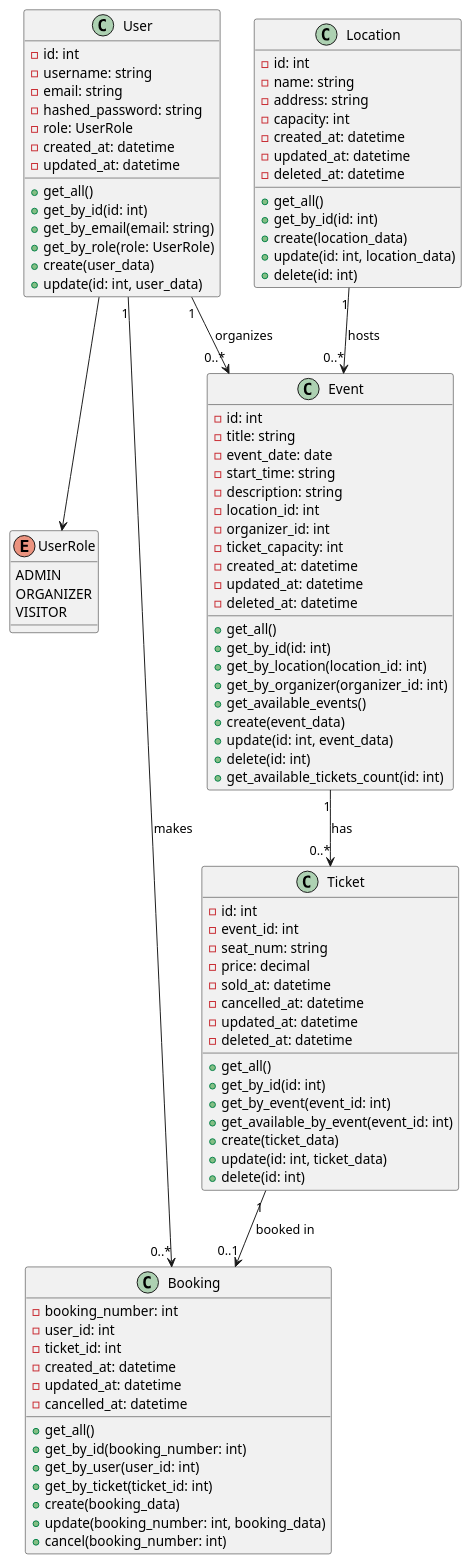
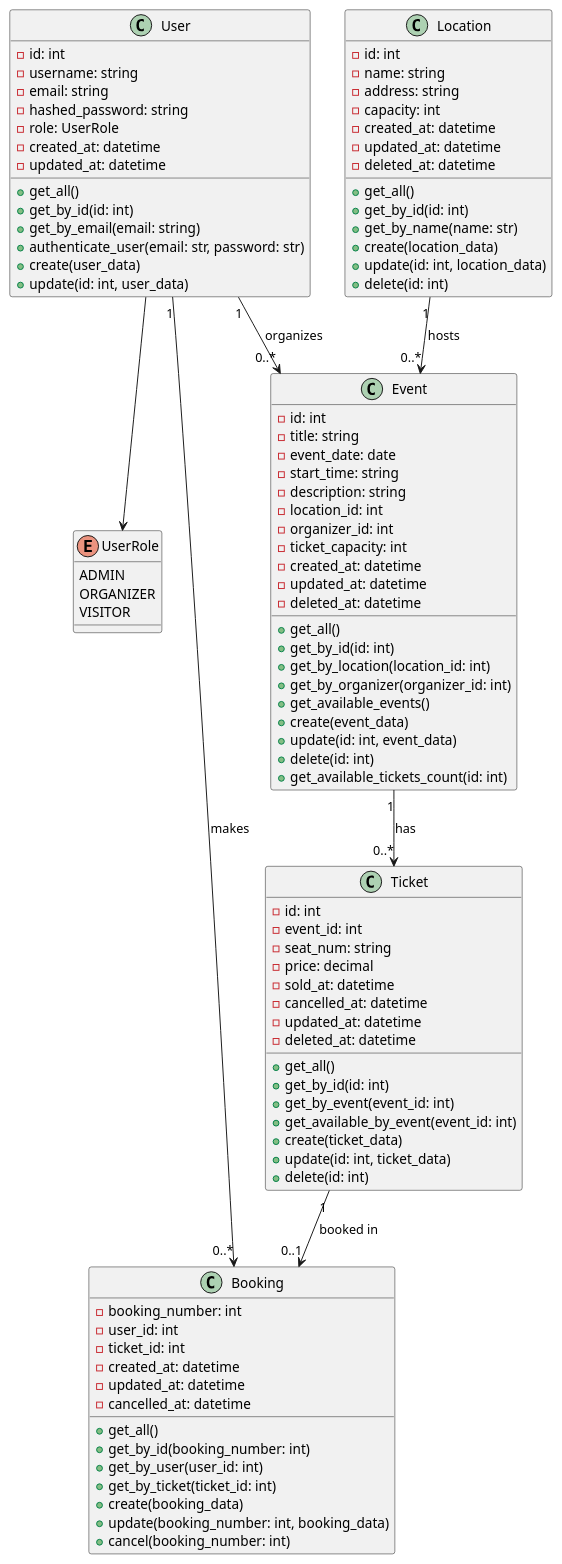
The second of 2 diagrams in backend/app/uml.md (JulianBierbaum/docker-fullstack-filtered), drawn with PlantUML before and after one commit. The commit also changed 4 other files, not shown here.

```diff
--- a/backend/app/uml.md
+++ b/backend/app/uml.md
@@ -94,7 +94,7 @@
   + get_all()
   + get_by_id(id: int)
   + get_by_email(email: string)
-  + get_by_role(role: UserRole)
+  + authenticate_user(email: str, password: str)
   + create(user_data)
   + update(id: int, user_data)
 }
@@ -110,6 +110,7 @@
 
   + get_all()
   + get_by_id(id: int)
+  + get_by_name(name: str)
   + create(location_data)
   + update(id: int, location_data)
   + delete(id: int)
```
